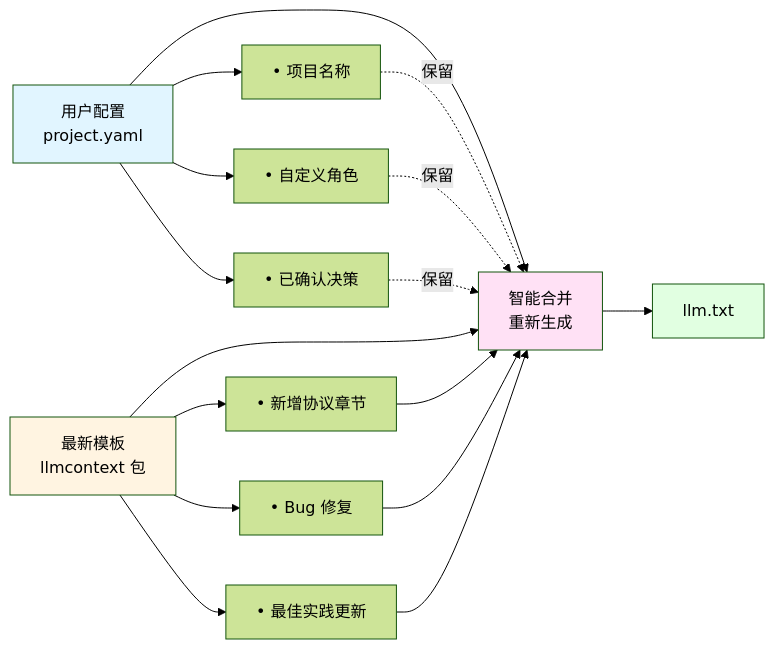
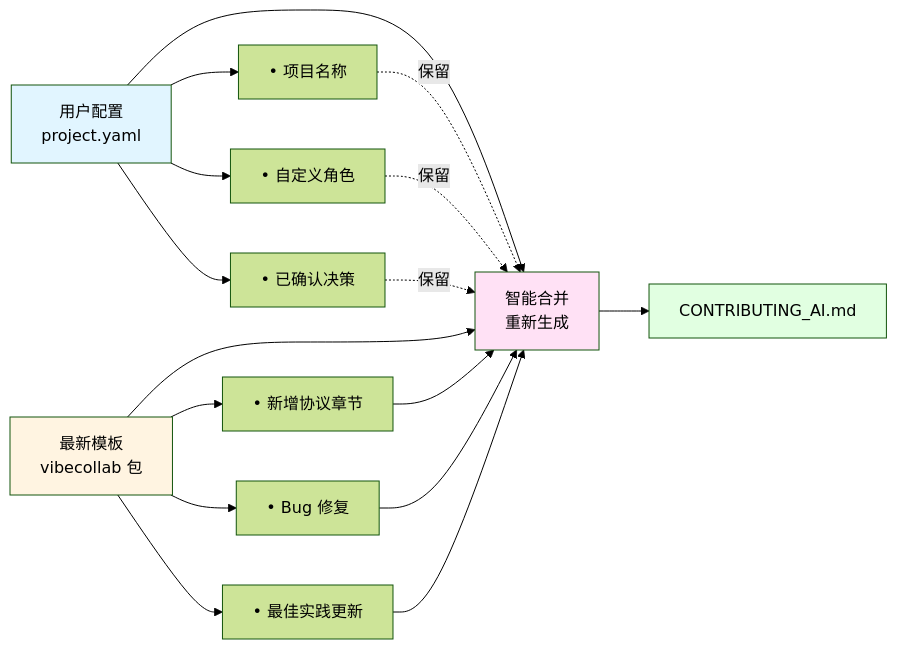
One commit to flashpoint493/VibeCollab changed the second of 2 diagrams in README.md. Above: the diagram before and after it, drawn with Mermaid (forest theme). The commit also changed other lines of this file and 20 other files, not shown here.

````diff
--- a/README.md
+++ b/README.md
@@ -294,27 +294,27 @@
 ```mermaid
 flowchart LR
     A[用户配置<br/>project.yaml] --> C[智能合并<br/>重新生成]
-    B[最新模板<br/>llmcontext 包] --> C
+    B[最新模板<br/>vibecollab 包] --> C
     
     A1[• 项目名称] -.保留.-> C
     A2[• 自定义角色] -.保留.-> C
     A3[• 已确认决策] -.保留.-> C
     
     B1[• 新增协议章节] --> C
     B2[• Bug 修复] --> C
     B3[• 最佳实践更新] --> C
     
-    C --> D[llm.txt]
+    C --> D[CONTRIBUTING_AI.md]
     
     A --> A1
     A --> A2
     A --> A3
     B --> B1
     B --> B2
     B --> B3
     
     style A fill:#e1f5ff
     style B fill:#fff4e1
     style C fill:#ffe1f5
     style D fill:#e1ffe1
 ```
````
